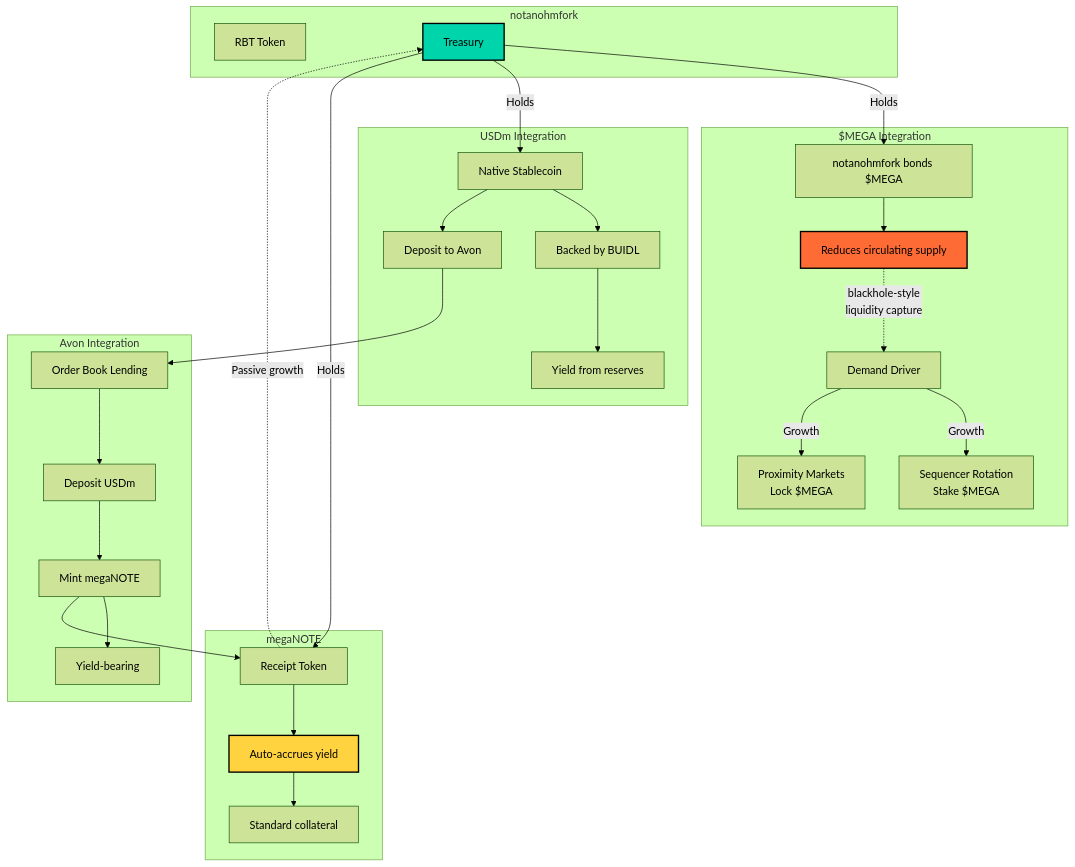
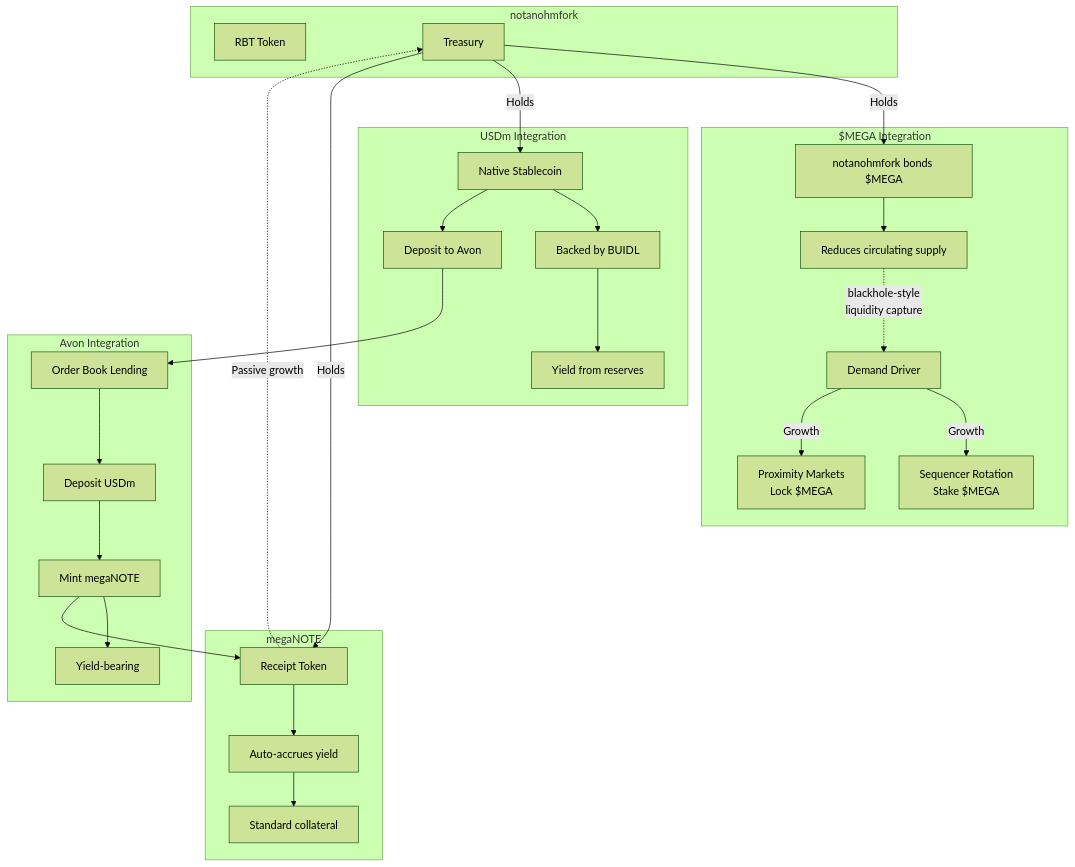
Before and after one commit to 0xJaehaerys/ohmega: the fifth of 10 diagrams in docs/NOTANOHMFORK_DIAGRAMS.md, drawn with Mermaid (forest theme). The commit also changed other lines of this file, not shown here.

Commit message:
Remove colors from diagrams

````diff
--- a/docs/NOTANOHMFORK_DIAGRAMS.md
+++ b/docs/NOTANOHMFORK_DIAGRAMS.md
@@ -186,61 +174,57 @@
 ```mermaid
 graph TB
     subgraph "notanohmfork"
         RBT[RBT Token]
         TREAS[Treasury]
     end
     
     subgraph "$MEGA Integration"
         M1[Sequencer Rotation<br/>Stake $MEGA]
         M2[Proximity Markets<br/>Lock $MEGA]
         M3[Demand Driver]
         M4[notanohmfork bonds $MEGA]
         M5[Reduces circulating supply]
     end
     
     subgraph "USDm Integration"
         U1[Native Stablecoin]
         U2[Backed by BUIDL]
         U3[Yield from reserves]
         U4[Deposit to Avon]
     end
     
     subgraph "Avon Integration"
         A1[Order Book Lending]
         A2[Deposit USDm]
         A3[Mint megaNOTE]
         A4[Yield-bearing]
     end
     
     subgraph "megaNOTE"
         N1[Receipt Token]
         N2[Auto-accrues yield]
         N3[Standard collateral]
     end
     
     M3 -->|Growth| M1
     M3 -->|Growth| M2
     TREAS -->|Holds| M4
     M4 --> M5
     M5 -.->|"blackhole-style<br/>liquidity capture"| M3
     
     U1 --> U2
     U2 --> U3
     TREAS -->|Holds| U1
     U1 --> U4
     U4 --> A1
     
     A1 --> A2
     A2 --> A3
     A3 --> A4
     
     A3 --> N1
     N1 --> N2
     N2 --> N3
     TREAS -->|Holds| N1
     N1 -.->|Passive growth| TREAS
-    
-    style M5 fill:#ff6b35,stroke:#000,stroke-width:2px
-    style N2 fill:#ffd23f,stroke:#000,stroke-width:2px
-    style TREAS fill:#00d4aa,stroke:#000,stroke-width:2px
 ```
````
